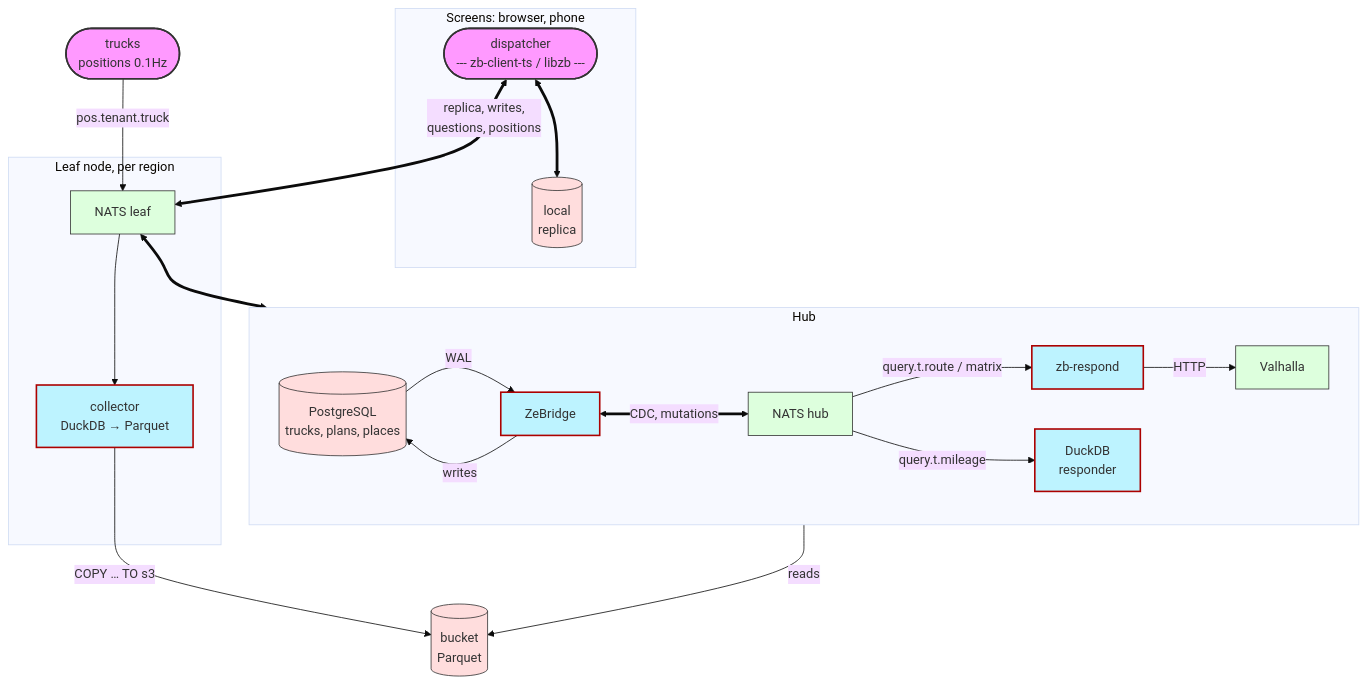
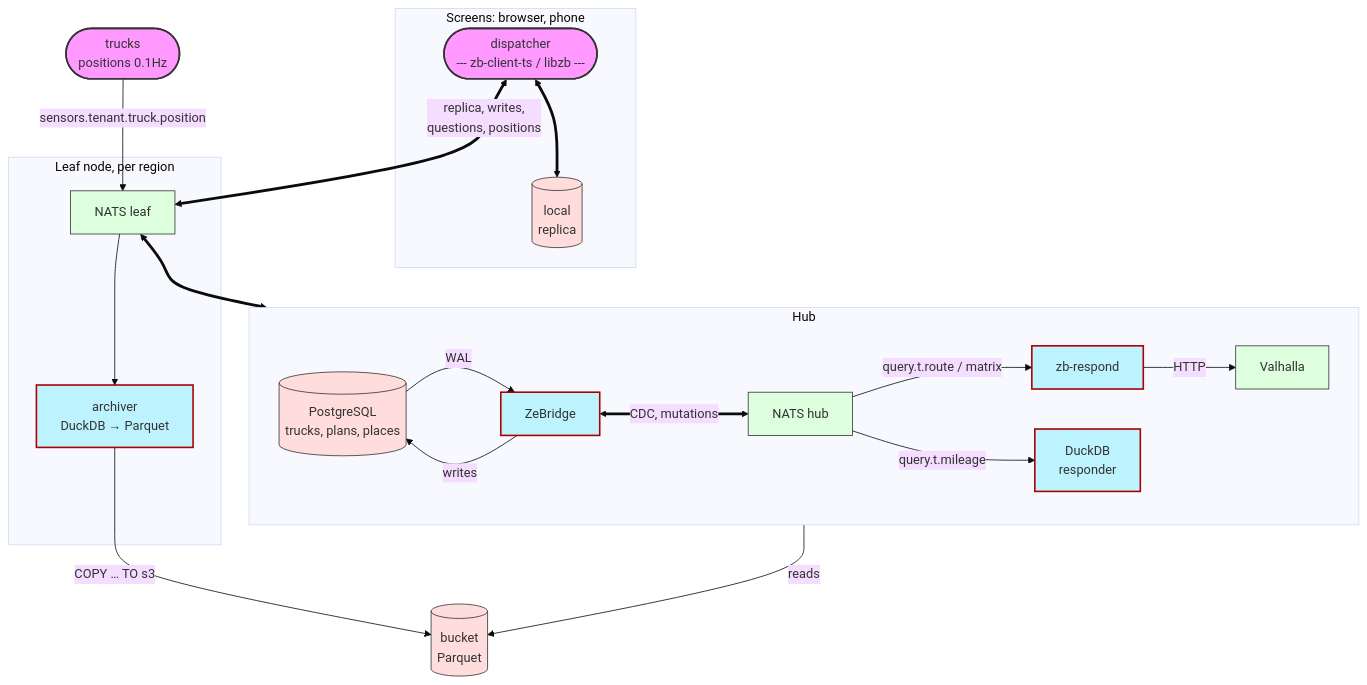
Before and after one commit to ndrean/ZeBridge: the second of 4 diagrams in README.md, drawn with Mermaid (base theme). The commit also changed other lines of this file, not shown here.

First line of the commit message:
README trucks: the code's subject (sensors.<tenant>.<truck>.position), the design whole, what is built today

````diff
--- a/README.md
+++ b/README.md
@@ -330,48 +330,48 @@
 ```mermaid
 flowchart TD
     classDef external fill:#f9f,stroke:#333,stroke-width:2px;
     classDef internal fill:#dfd,stroke:#333,stroke-width:1px;
     classDef secure fill:#fdd,stroke:#333,stroke-width:1px;
     classDef daemon fill:#bdf3ff,stroke:#ac0100,stroke-width:2px;
 
     subgraph Clients ["Screens: browser, phone"]
       S([dispatcher<br>--- zb-client-ts / libzb ---]):::external
       R[(local<br>replica)]:::secure
       S <==> R
     end
     
     T([trucks<br>positions 0.1Hz]):::external
 
     subgraph Leaf ["Leaf node, per region"]
       LN[NATS leaf]:::internal
-      COL[collector<br>DuckDB → Parquet]:::daemon
+      COL[archiver<br>DuckDB → Parquet]:::daemon
     end
 
     subgraph Hub
       direction LR
       PG[(PostgreSQL<br>trucks, plans, places)]:::secure
       ZB[ZeBridge]:::daemon
       HN[NATS hub]:::internal
       RESP[zb-respond]:::daemon
       VAL[Valhalla]:::internal
       DQ[DuckDB<br>responder]:::daemon
       
       %% Moving these internal Hub connections here forces the LR layout
       PG -->|WAL| ZB
       ZB -->|writes| PG
       ZB <==>|CDC, mutations| HN
       HN -->|query.t.route / matrix| RESP
       RESP -->|HTTP| VAL
       HN -->|query.t.mileage| DQ
     end
 
     B[(bucket<br>Parquet)]:::secure
 
     %% Global connections
     S <==>|replica, writes,<br>questions, positions| LN
-    T -->|pos.tenant.truck| LN
+    T -->|sensors.tenant.truck.position| LN
     LN <==> HN
     LN --> COL
     COL -->|COPY … TO s3| B
     DQ -->|reads| B
 ```
````
